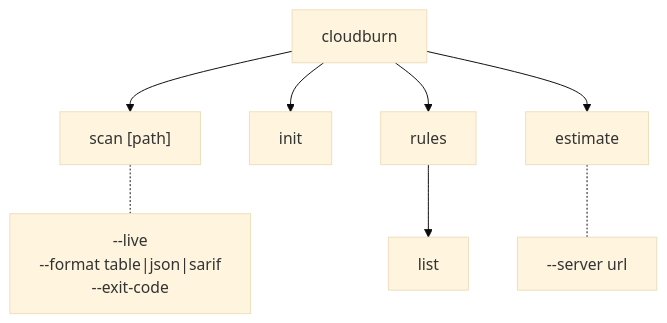
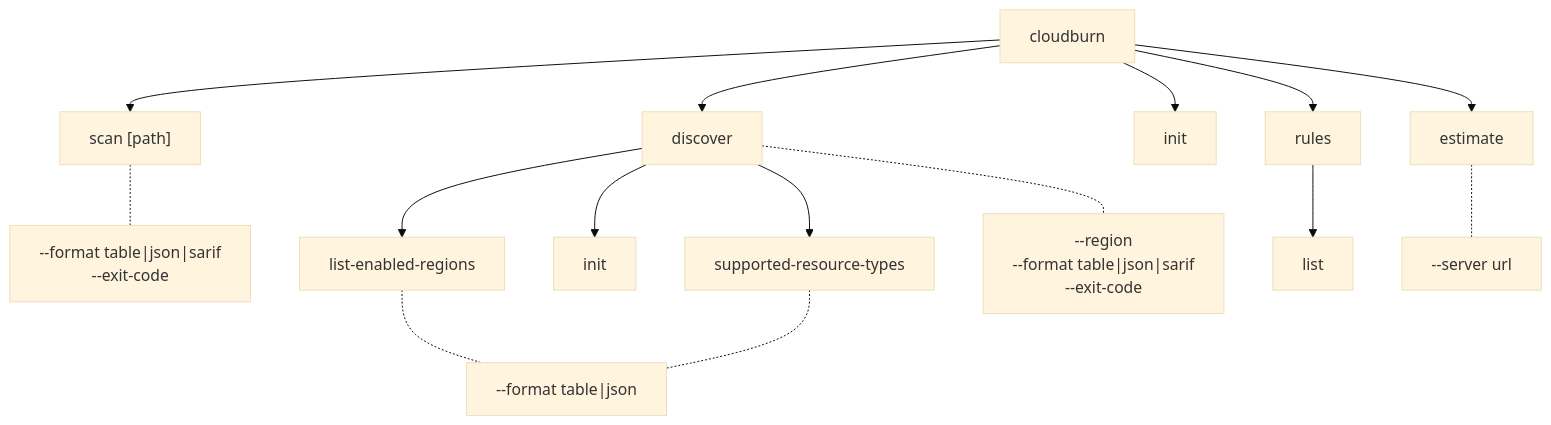
One commit to towardsthecloud/cloudburn changed the first of 2 diagrams in docs/architecture/cli.md. Above: the diagram before and after it, drawn with Mermaid (base theme). The commit also changed other lines of this file and 59 other files, not shown here.

First line of the commit message:
feat(cli): route live discovery through AWS Resource Explorer (#24)

````diff
--- a/docs/architecture/cli.md
+++ b/docs/architecture/cli.md
@@ -5,11 +5,18 @@
 ```mermaid
 graph TD
   Root["cloudburn"] --> Scan["scan [path]"]
+  Root --> Discover["discover"]
   Root --> Init["init"]
   Root --> Rules["rules"]
   Root --> Estimate["estimate"]
   Rules --> RulesList["list"]
+  Discover --> DiscoverRegions["list-enabled-regions"]
+  Discover --> DiscoverInit["init"]
+  Discover --> DiscoverTypes["supported-resource-types"]
 
-  Scan -.- ScanFlags["--live\n--format table|json|sarif\n--exit-code"]
+  Scan -.- ScanFlags["--format table|json|sarif\n--exit-code"]
+  Discover -.- DiscoverFlags["--region <region|all>\n--format table|json|sarif\n--exit-code"]
+  DiscoverRegions -.- DiscoverInfoFlags["--format table|json"]
+  DiscoverTypes -.- DiscoverInfoFlags
   Estimate -.- EstimateFlags["--server url"]
 ```
````
